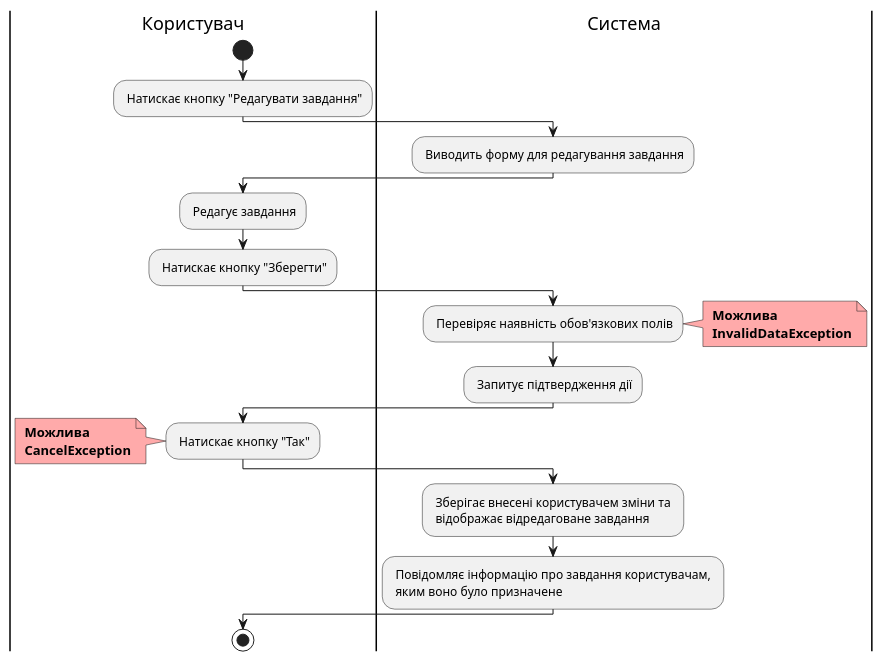
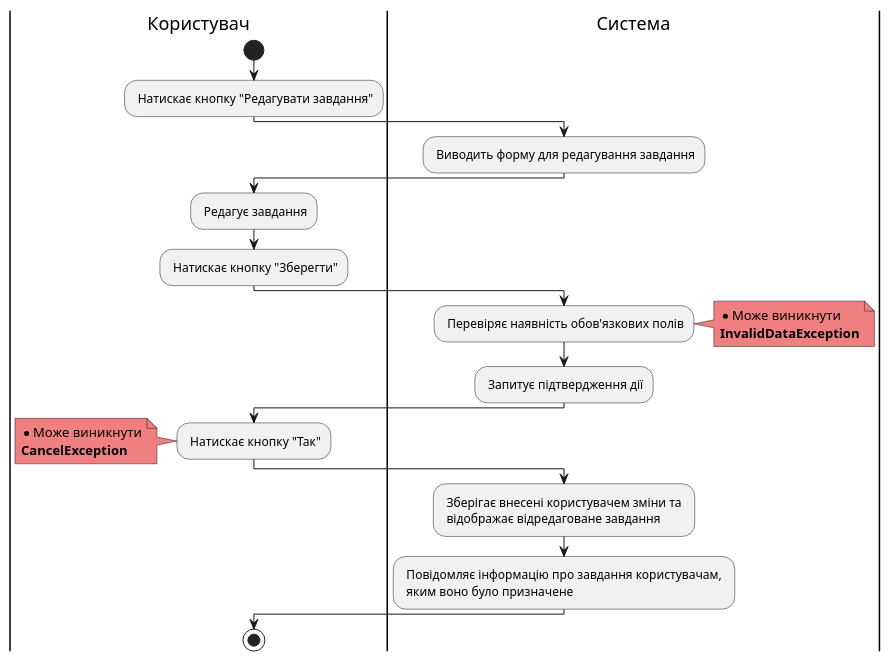
The third of 6 diagrams in docs/use cases/README.md (samoilenkomariia/db-coursework), drawn with PlantUML before and after one commit. The commit also changed other lines of this file, not shown here.

Commit message:
Update style of diagrams

```diff
--- a/docs/use cases/README.md
+++ b/docs/use cases/README.md
@@ -201,35 +203,37 @@
 @startuml
 |Користувач|
     start;
     : Натискає кнопку "Редагувати завдання";
 
     |Система|
     : Виводить форму для редагування завдання;
 
     |Користувач|
     : Редагує завдання;
     : Натискає кнопку "Зберегти";
     
     |Система|
     : Перевіряє наявність обов'язкових полів;
-    note right #ffaaaa
-    <b> Можлива
-    <b> InvalidDataException
+    
+    note right #lightcoral
+    * Може виникнути
+    <b>InvalidDataException</b>
     end note
+    
     : Запитує підтвердження дії;
     
     |Користувач|
     : Натискає кнопку "Так";
-    note left #ffaaaa
-    <b> Можлива
-    <b> CancelException
+    
+    note left #lightcoral
+    * Може виникнути
+    <b>CancelException</b>
     end note    
-
 
     |Система|
     : Зберігає внесені користувачем зміни та \n відображає відредаговане завдання;
     : Повідомляє інформацію про завдання користувачам, \n яким воно було призначене;
 
     |Користувач|
         stop;
 @enduml
```
